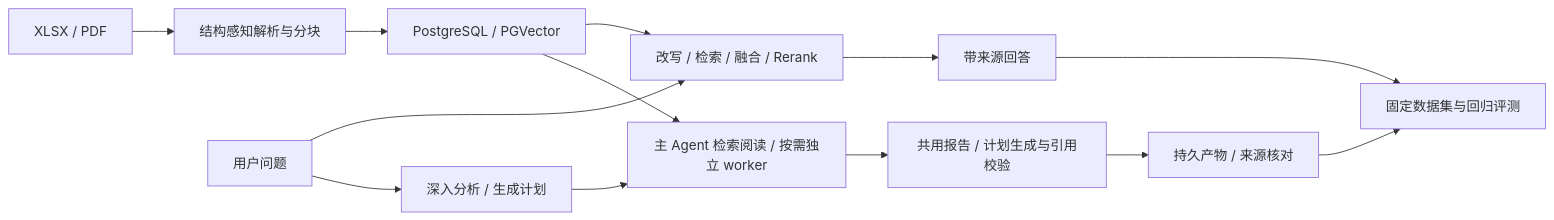
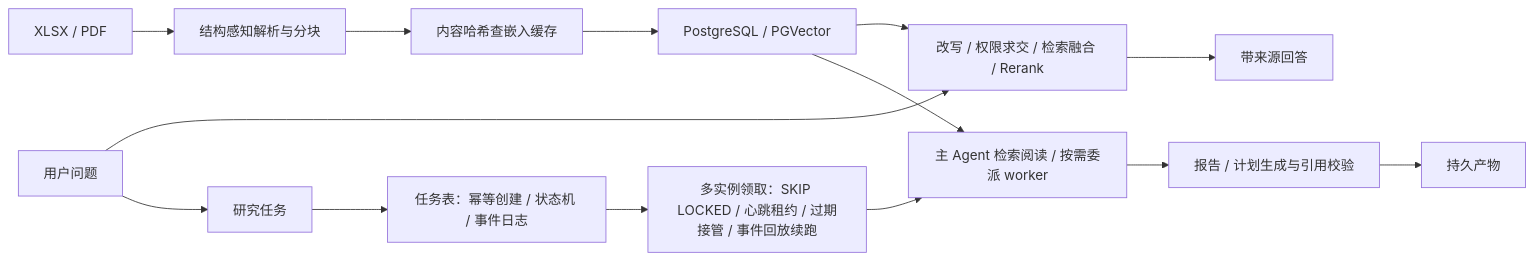
One commit to qiyu-lu/ragent changed the diagram in README.md. Above: the diagram before and after it, drawn with Mermaid. The commit also changed other lines of this file and 3 other files, not shown here.

````diff
--- a/README.md
+++ b/README.md
@@ -11,15 +9,16 @@
 ```mermaid
 flowchart LR
     A[XLSX / PDF] --> B[结构感知解析与分块]
-    B --> C[PostgreSQL / PGVector]
-    Q[用户问题] --> D[改写 / 检索 / 融合 / Rerank]
+    B --> V[内容哈希查嵌入缓存]
+    V --> C[PostgreSQL / PGVector]
+    Q[用户问题] --> D[改写 / 权限求交 / 检索融合 / Rerank]
     C --> D
     D --> E[带来源回答]
-    Q --> R[深入分析 / 生成计划]
-    R --> S[主 Agent 检索阅读 / 按需独立 worker]
+    Q --> R[研究任务]
+    R --> T[任务表：幂等创建 / 状态机 / 事件日志]
+    T --> N[多实例领取：SKIP LOCKED / 心跳租约 / 过期接管 / 事件回放续跑]
+    N --> S[主 Agent 检索阅读 / 按需委派 worker]
     C --> S
-    S --> G[共用报告 / 计划生成与引用校验]
-    G --> H[持久产物 / 来源核对]
-    E --> F[固定数据集与回归评测]
-    H --> F
+    S --> G[报告 / 计划生成与引用校验]
+    G --> H[持久产物]
 ```
````
